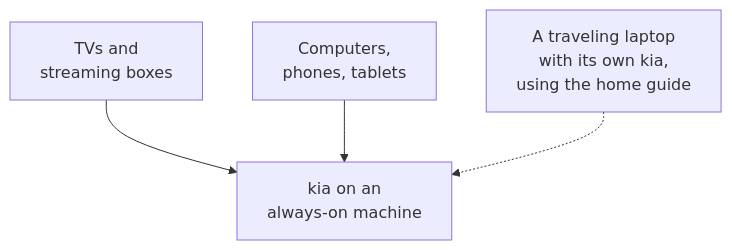
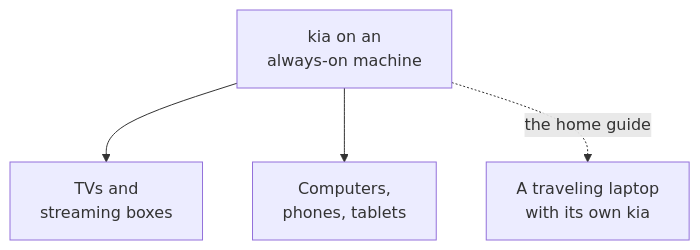
Before and after one commit to southsidedean/kodi-iptv-assistant: the diagram in docs/diagrams/setups.mmd, drawn with Mermaid. The commit also changed 37 other files, not shown here.

```diff
--- a/docs/diagrams/setups.mmd
+++ b/docs/diagrams/setups.mmd
@@ -1,4 +1,4 @@
 flowchart TB
-  tvs["TVs and<br>streaming boxes"] --> srv["kia on an<br>always-on machine"]
-  devices["Computers,<br>phones, tablets"] --> srv
-  laptop["A traveling laptop<br>with its own kia,<br>using the home guide"] -.-> srv
+  srv["kia on an<br>always-on machine"] --> tvs["TVs and<br>streaming boxes"]
+  srv --> devices["Computers,<br>phones, tablets"]
+  srv -.->|"the home guide"| laptop["A traveling laptop<br>with its own kia"]
```
